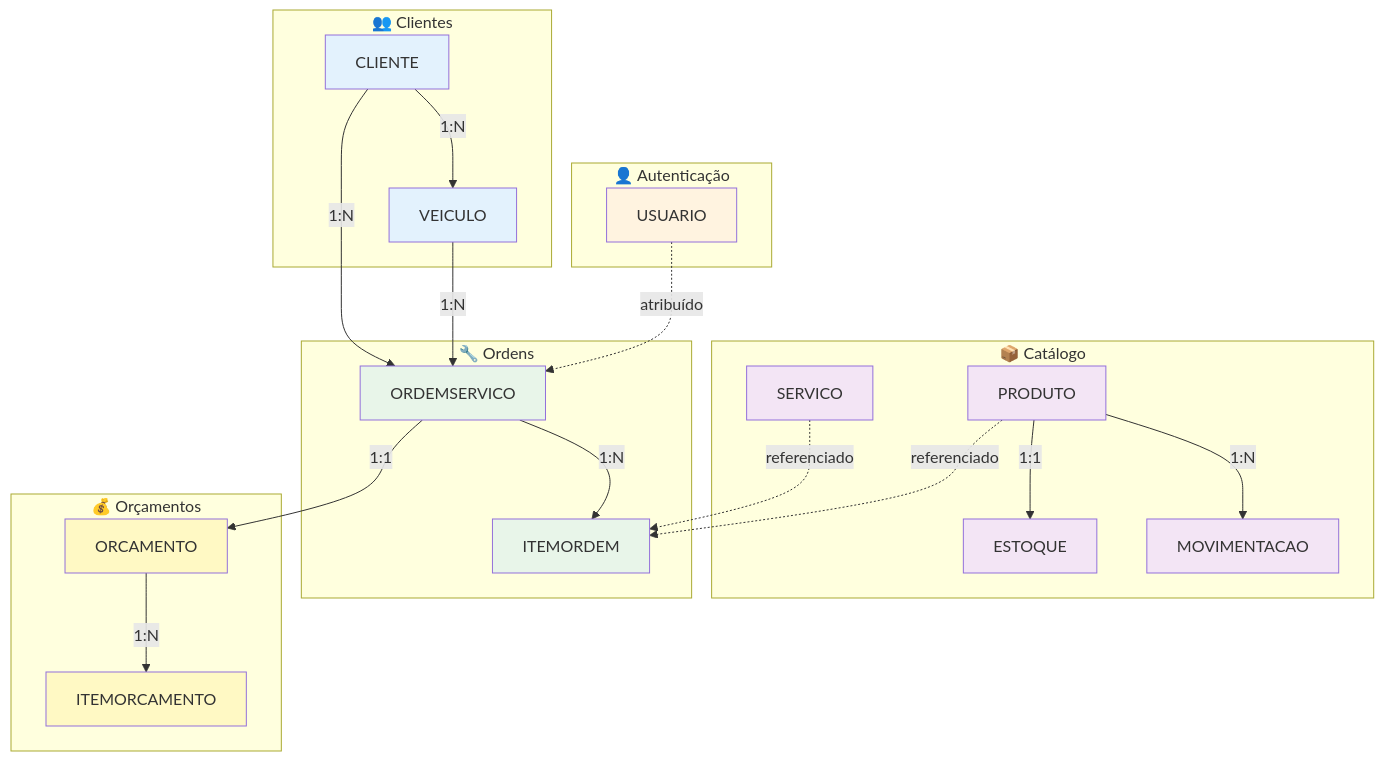
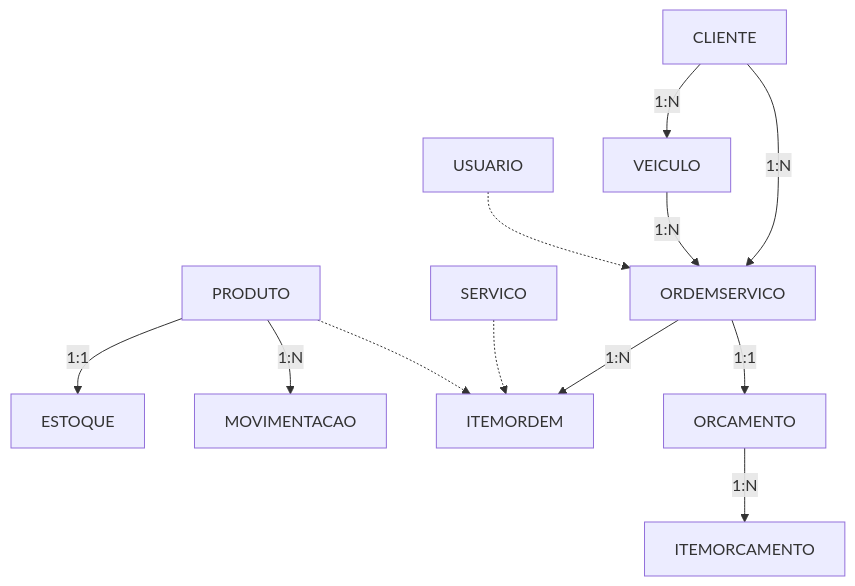
One commit to fiap-soat-grupo36/infra-database changed the eighth of 8 diagrams in docs/diagramas/er-completo.md. Above: the diagram before and after it, drawn with Mermaid. The commit also changed other lines of this file, not shown here.

Commit message:
fix: diagramas ER compatíveis com GitHub Mermaid

````diff
--- a/docs/diagramas/er-completo.md
+++ b/docs/diagramas/er-completo.md
@@ -420,52 +427,26 @@
 ```mermaid
 graph TB
-    subgraph Auth[👤 Autenticação]
-        U[USUARIO]
-    end
-
-    subgraph Customer[👥 Clientes]
-        C[CLIENTE]
-        V[VEICULO]
-    end
-
-    subgraph Catalog[📦 Catálogo]
-        S[SERVICO]
-        P[PRODUTO]
-        E[ESTOQUE]
-        M[MOVIMENTACAO]
-    end
-
-    subgraph WorkOrder[🔧 Ordens]
-        OS[ORDEMSERVICO]
-        IO[ITEMORDEM]
-    end
-
-    subgraph Budget[💰 Orçamentos]
-        OR[ORCAMENTO]
-        IOR[ITEMORCAMENTO]
-    end
+    U[USUARIO]
+    C[CLIENTE]
+    V[VEICULO]
+    S[SERVICO]
+    P[PRODUTO]
+    E[ESTOQUE]
+    M[MOVIMENTACAO]
+    OS[ORDEMSERVICO]
+    IO[ITEMORDEM]
+    OR[ORCAMENTO]
+    IOR[ITEMORCAMENTO]
 
     C -->|1:N| V
     C -->|1:N| OS
     V -->|1:N| OS
-    U -.->|atribuído| OS
+    U -.-> OS
     OS -->|1:N| IO
     OS -->|1:1| OR
     OR -->|1:N| IOR
-    S -.->|referenciado| IO
+    S -.-> IO
     P -->|1:1| E
-    P -.->|referenciado| IO
+    P -.-> IO
     P -->|1:N| M
-
-    style C fill:#e3f2fd
-    style V fill:#e3f2fd
-    style U fill:#fff3e0
-    style S fill:#f3e5f5
-    style P fill:#f3e5f5
-    style E fill:#f3e5f5
-    style M fill:#f3e5f5
-    style OS fill:#e8f5e9
-    style IO fill:#e8f5e9
-    style OR fill:#fff9c4
-    style IOR fill:#fff9c4
 ```
````
